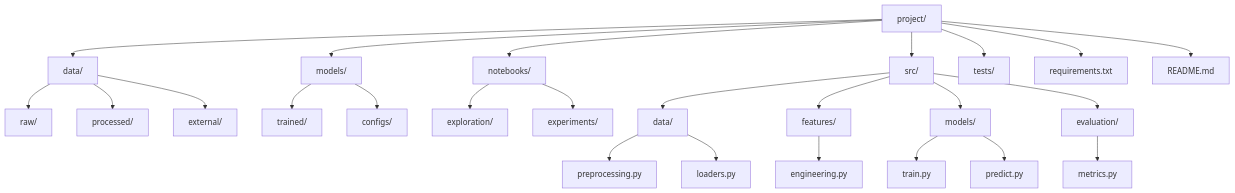
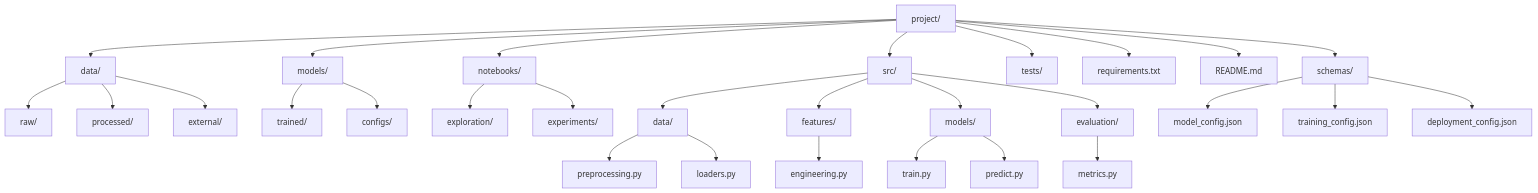
Before and after one commit to Porta048/ml-models-complete-guide: diagram 14 of 23 in README.md, drawn with Mermaid. The commit also changed other lines of this file, not shown here.

````diff
--- a/README.md
+++ b/README.md
@@ -282,31 +636,35 @@
 ```mermaid
 flowchart TD
     A[project/] --> B[data/]
     B --> C[raw/]
     B --> D[processed/]
     B --> E[external/]
 
     A --> F[models/]
     F --> G[trained/]
     F --> H[configs/]
 
     A --> I[notebooks/]
     I --> J[exploration/]
     I --> K[experiments/]
 
     A --> L[src/]
     L --> M[data/]
     M --> N[preprocessing.py]
     M --> O[loaders.py]
     L --> P[features/]
     P --> Q[engineering.py]
     L --> R[models/]
     R --> S[train.py]
     R --> T[predict.py]
     L --> U[evaluation/]
     U --> V[metrics.py]
 
     A --> W[tests/]
     A --> X[requirements.txt]
     A --> Y[README.md]
+    A --> Z[schemas/]
+    Z --> Z1[model_config.json]
+    Z --> Z2[training_config.json]
+    Z --> Z3[deployment_config.json]
 ```
````
